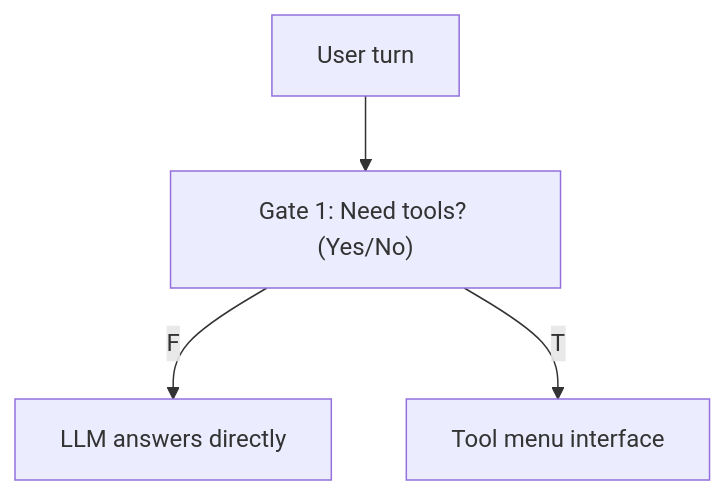
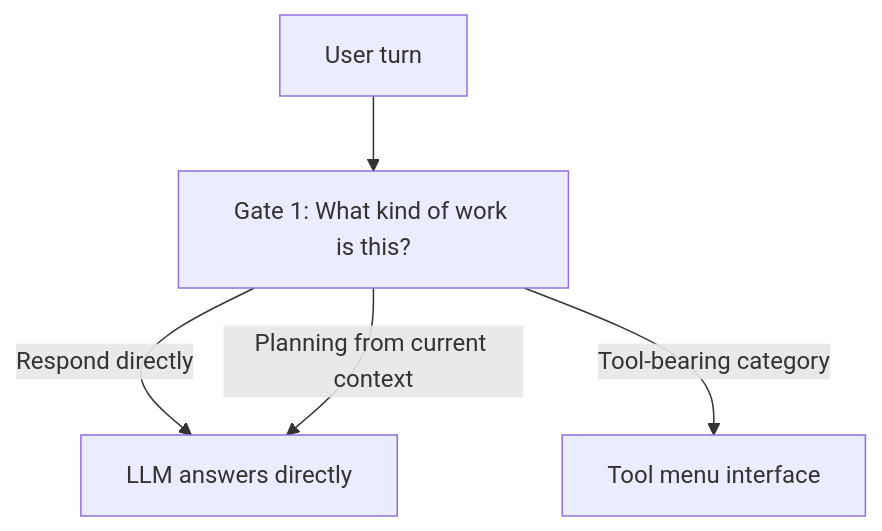
Before and after one commit to jakerslam/protheus: the second of 4 diagrams in docs/workspace/orchestration_workflow_maps.md, drawn with Mermaid. The commit also changed other lines of this file and 103 other files, not shown here.

````diff
--- a/docs/workspace/orchestration_workflow_maps.md
+++ b/docs/workspace/orchestration_workflow_maps.md
@@ -29,6 +38,7 @@
 ```mermaid
 flowchart TD
-    A[User turn] --> B["Gate 1: Need tools? (Yes/No)"]
-    B -->|F| C[LLM answers directly]
-    B -->|T| D[Tool menu interface]
+    A[User turn] --> B["Gate 1: What kind of work is this?"]
+    B -->|"Respond directly"| C[LLM answers directly]
+    B -->|"Planning from current context"| C
+    B -->|"Tool-bearing category"| D[Tool menu interface]
 ```
````
